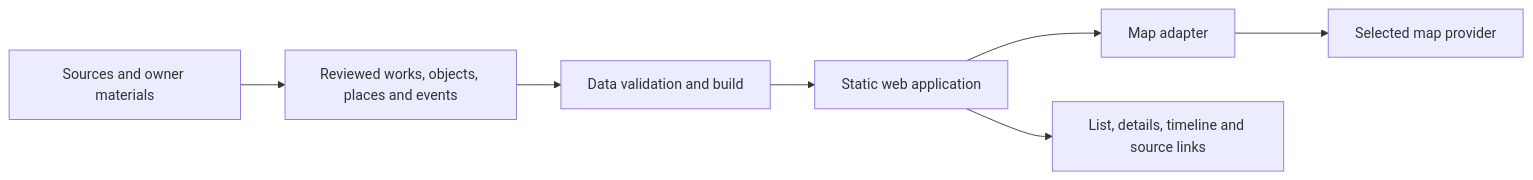
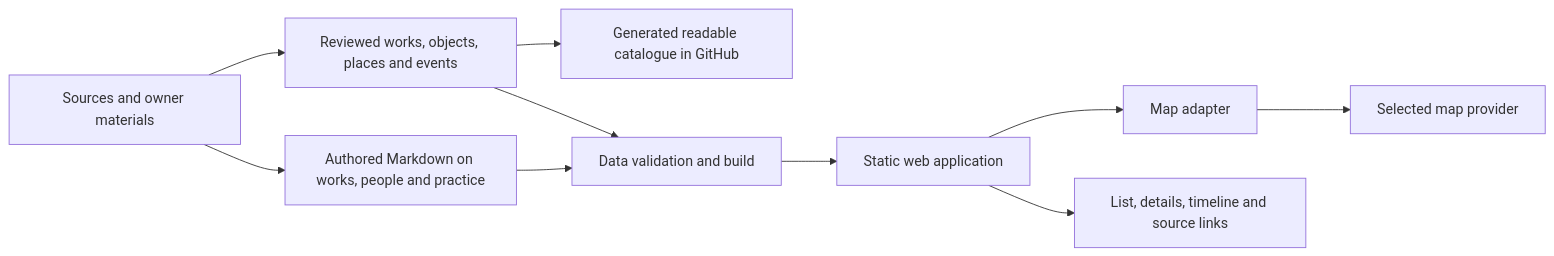
The diagram in docs/engineering-plan.md (yang963852/beitie-atlas), drawn with Mermaid before and after one commit. The commit also changed other lines of this file and 23 other files, not shown here.

````diff
--- a/docs/engineering-plan.md
+++ b/docs/engineering-plan.md
@@ -15,9 +15,12 @@
 ```mermaid
 flowchart LR
   A[Sources and owner materials] --> B[Reviewed works, objects, places and events]
+  A --> K[Authored Markdown on works, people and practice]
+  B --> I[Generated readable catalogue in GitHub]
+  K --> C
   B --> C[Data validation and build]
   C --> D[Static web application]
   D --> E[Map adapter]
   D --> F[List, details, timeline and source links]
   E --> G[Selected map provider]
 ```
````
